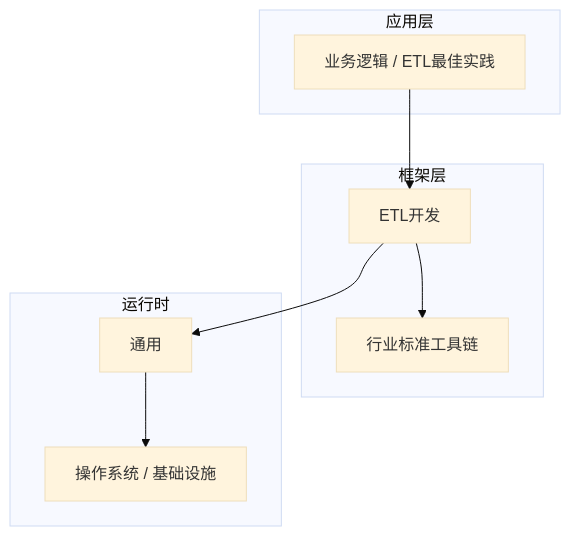
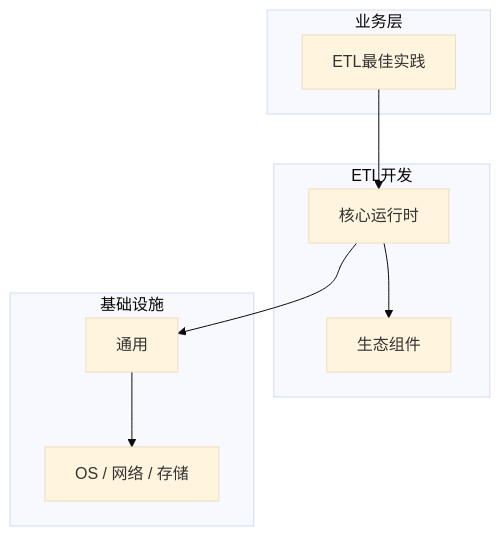
One commit to yanggan2015/knowledge-json-v2 changed the diagram in articles/ETL开发/chapters/056-ETL最佳实践核心概念与原理.md. Above: the diagram before and after it, drawn with Mermaid (base theme). The commit also changed other lines of this file and 10127 other files, not shown here.

````diff
--- a/articles/ETL开发/chapters/056-ETL最佳实践核心概念与原理.md
+++ b/articles/ETL开发/chapters/056-ETL最佳实践核心概念与原理.md
@@ -45,18 +34,18 @@
 ```mermaid
 graph TB
-    subgraph 应用层
-        A[业务逻辑 / ETL最佳实践]
+    subgraph 业务层
+        A[ETL最佳实践]
     end
-    subgraph 框架层
-        B[ETL开发]
-        C[行业标准工具链]
+    subgraph ETL开发
+        B[核心运行时]
+        C[生态组件]
     end
-    subgraph 运行时
+    subgraph 基础设施
         D[通用]
-        E[操作系统 / 基础设施]
+        E[OS / 网络 / 存储]
     end
     A --> B
     B --> C
     B --> D
     D --> E
 ```
````
